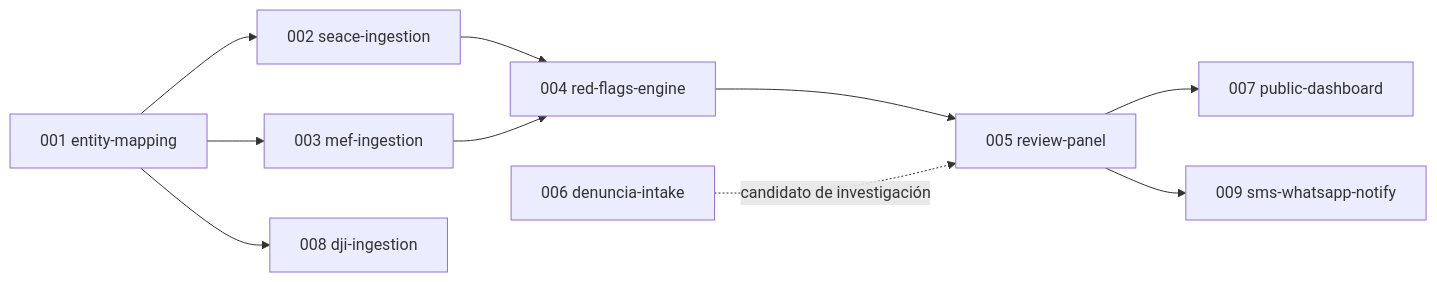
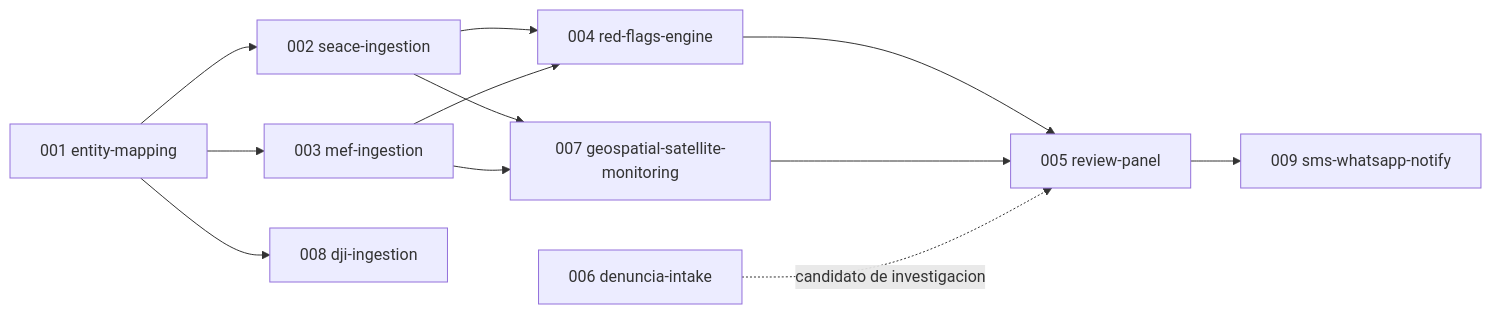
One commit to richardsonyelstin-commits/cajamarca-qhaway changed the diagram in specs/README.md. Above: the diagram before and after it, drawn with Mermaid. The commit also changed other lines of this file and 10 other files, not shown here.

````diff
--- a/specs/README.md
+++ b/specs/README.md
@@ -19,12 +20,14 @@
 ```mermaid
 flowchart LR
   A[001 entity-mapping] --> B[002 seace-ingestion]
   A --> C[003 mef-ingestion]
   B --> D[004 red-flags-engine]
   C --> D
+  B --> G[007 geospatial-satellite-monitoring]
+  C --> G
   D --> E[005 review-panel]
-  F[006 denuncia-intake] -.candidato de investigación.-> E
-  E --> G[007 public-dashboard]
+  G --> E
+  F[006 denuncia-intake] -.candidato de investigacion.-> E
   A --> H[008 dji-ingestion]
   E --> I[009 sms-whatsapp-notify]
 ```
````
